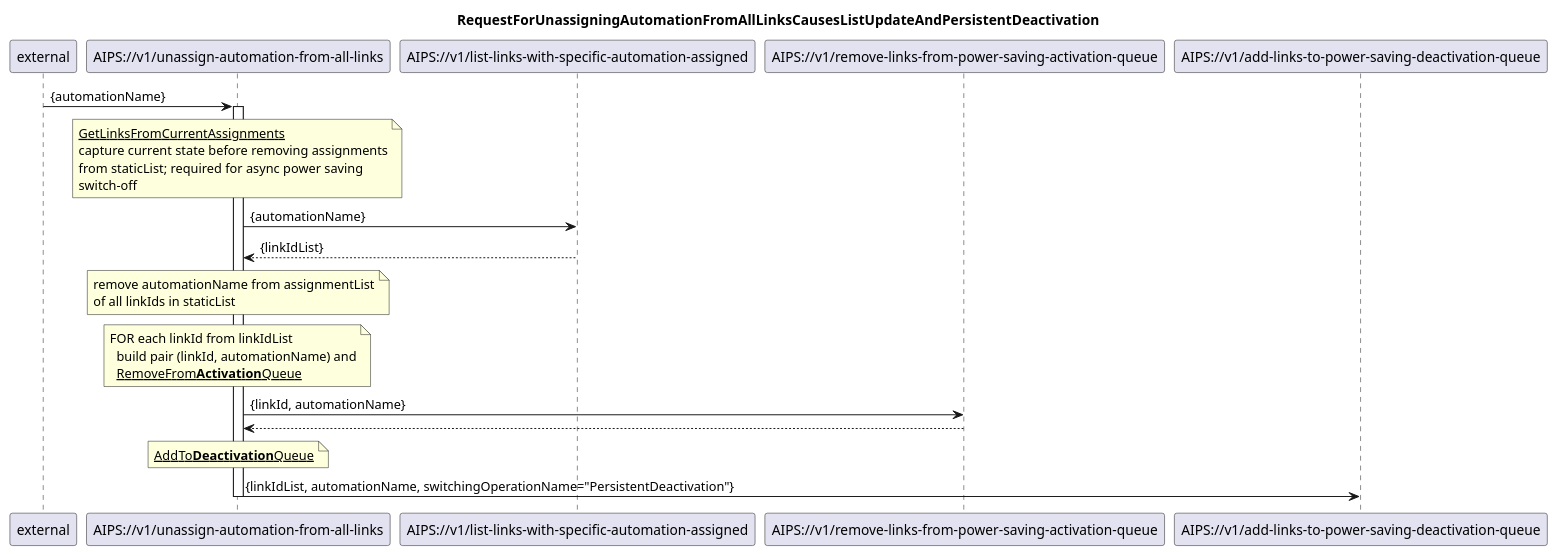
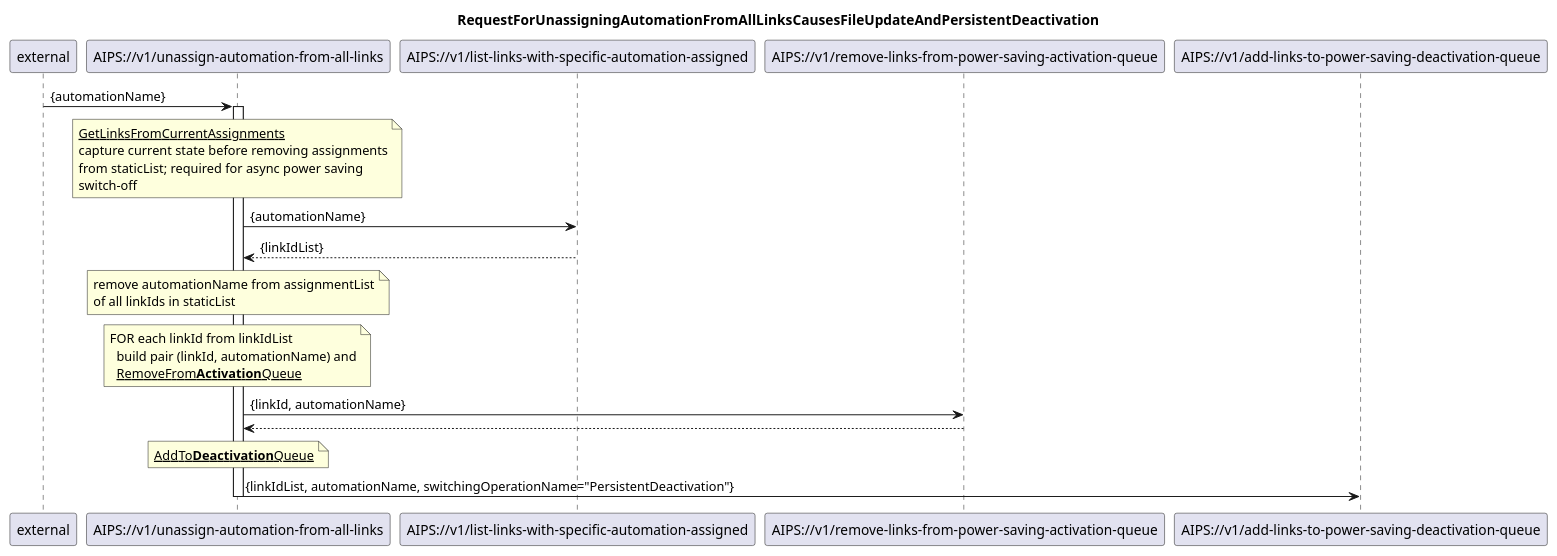
Before and after one commit to kmohr-soprasteria/AIPS_wip: the diagram in diagrams/01 Automation management/105_unassignAutomationFromAllLinks.plantuml, drawn with PlantUML. The commit also changed 15 other files, not shown here.

Commit message:
diagramme-v005 added

```diff
--- a/diagrams/01 Automation management/105_unassignAutomationFromAllLinks.plantuml
+++ b/diagrams/01 Automation management/105_unassignAutomationFromAllLinks.plantuml
@@ -1,51 +1,51 @@
 @startuml 105_unassignAutomationFromAllLinks
 skinparam responseMessageBelowArrow true
 
 title
-RequestForUnassigningAutomationFromAllLinksCausesListUpdateAndPersistentDeactivation
+RequestForUnassigningAutomationFromAllLinksCausesFileUpdateAndPersistentDeactivation
 end title
 
 participant "external" as requestor
 participant "AIPS://v1/unassign-automation-from-all-links" as unassignAutomation
 participant "AIPS://v1/list-links-with-specific-automation-assigned" as listLinks
 participant "AIPS://v1/remove-links-from-power-saving-activation-queue" as stopSimpleActivation
 participant "AIPS://v1/add-links-to-power-saving-deactivation-queue" as startPersistentDeactivation
 
 
 requestor -> unassignAutomation: {automationName}
 activate unassignAutomation
 
 'get current assignments from staticList
 note over unassignAutomation
   <u>GetLinksFromCurrentAssignments</u>
   capture current state before removing assignments
   from staticList; required for async power saving
   switch-off
 end note
 unassignAutomation -> listLinks: {automationName}
 listLinks --> unassignAutomation: {linkIdList}
 
 'update staticList by removing automationName assignment for all links
 note over unassignAutomation
   remove automationName from assignmentList
   of all linkIds in staticList
 end note
 
 'stop ongoing/planned power saving
 note over unassignAutomation
   FOR each linkId from linkIdList
     build pair (linkId, automationName) and
     <u>RemoveFrom<b>Activation</b>Queue</u>
 end note
 unassignAutomation -> stopSimpleActivation: {linkId, automationName}
 stopSimpleActivation --> unassignAutomation
 
 'initiate persistentDeactivation to turn power saving off
 note over unassignAutomation
   <u>AddTo<b>Deactivation</b>Queue</u>
 end note
 unassignAutomation -> startPersistentDeactivation: {linkIdList, automationName, switchingOperationName="PersistentDeactivation"}
 
 deactivate unassignAutomation
 
 @enduml
```
